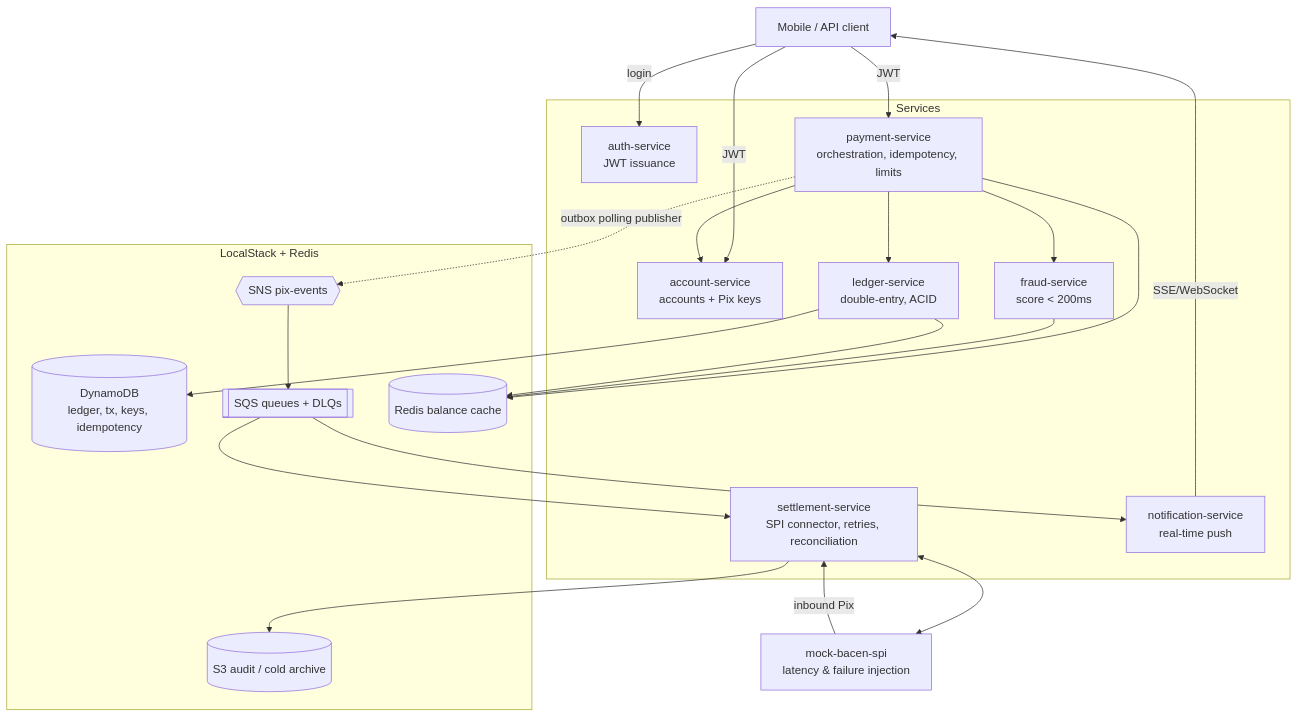
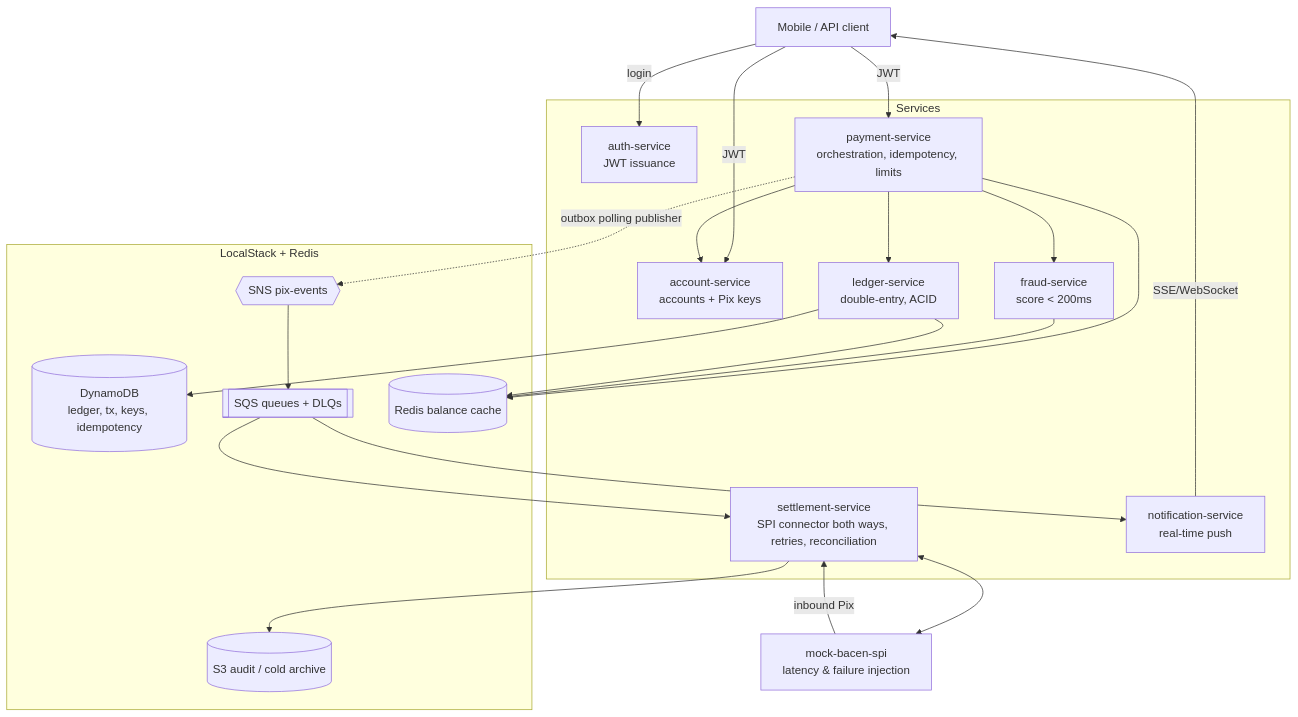
The diagram in README.md (filiperibolli/platinumcoin-pix), drawn with Mermaid before and after one commit. The commit also changed 59 other files, not shown here.

````diff
--- a/README.md
+++ b/README.md
@@ -45,43 +45,43 @@
 ```mermaid
 graph TB
     APP[Mobile / API client]
 
     subgraph Services
         AUTH[auth-service<br/>JWT issuance]
         ACC[account-service<br/>accounts + Pix keys]
         PAY[payment-service<br/>orchestration, idempotency, limits]
         FRAUD[fraud-service<br/>score &lt; 200ms]
         LED[ledger-service<br/>double-entry, ACID]
-        SET[settlement-service<br/>SPI connector, retries, reconciliation]
+        SET[settlement-service<br/>SPI connector both ways, retries, reconciliation]
         NOT[notification-service<br/>real-time push]
     end
 
     subgraph Infra [LocalStack + Redis]
         DDB[(DynamoDB<br/>ledger, tx, keys, idempotency)]
         SNS{{SNS pix-events}}
         SQS[[SQS queues + DLQs]]
         S3[(S3 audit / cold archive)]
         REDIS[(Redis balance cache)]
     end
 
     BACEN[mock-bacen-spi<br/>latency & failure injection]
 
     APP -->|login| AUTH
     APP -->|JWT| PAY
     APP -->|JWT| ACC
     PAY --> FRAUD
     PAY --> ACC
     PAY --> LED
     LED --> DDB
     PAY -.->|outbox polling publisher| SNS
     SNS --> SQS
     SQS --> SET
     SQS --> NOT
     SET <--> BACEN
     BACEN -->|inbound Pix| SET
     PAY --> REDIS
     FRAUD --> REDIS
     LED --> REDIS
     SET --> S3
     NOT -->|SSE/WebSocket| APP
 ```
````
